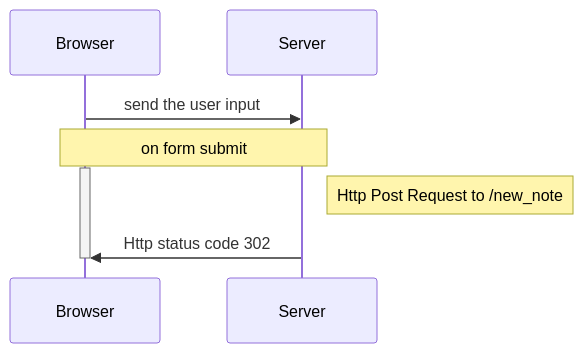
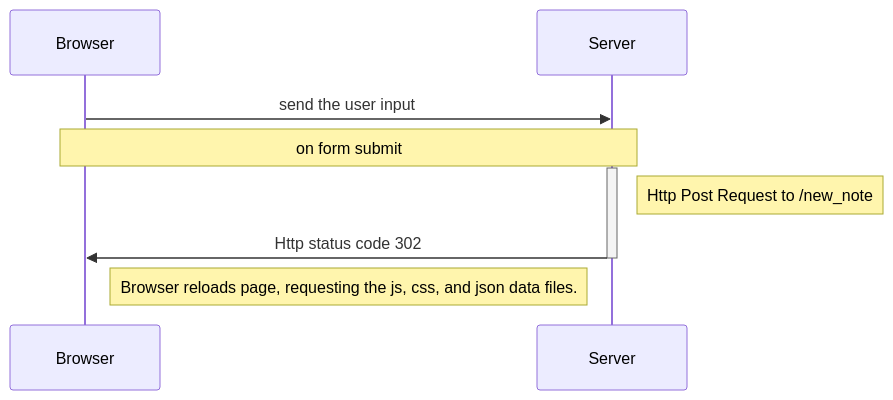
The diagram in part0/part0-4.md (CarnevaleMNO/fullstackopen), drawn with Mermaid before and after one commit.

Commit message:
Update part0-4.md
Add third sequence

````diff
--- a/part0/part0-4.md
+++ b/part0/part0-4.md
@@ -3,13 +3,14 @@
 ```mermaid
 sequenceDiagram;
 participant Browser
 participant Server
 
 Browser ->> Server: send the user input
 note over Browser, Server: on form submit
-activate Browser
+activate Server
 note right of Server: Http Post Request to /new_note
 Server ->> Browser: Http status code 302
-deactivate Browser
+deactivate Server
+note right of Browser: Browser reloads page, requesting the js, css, and json data files.
 
 ```
````
